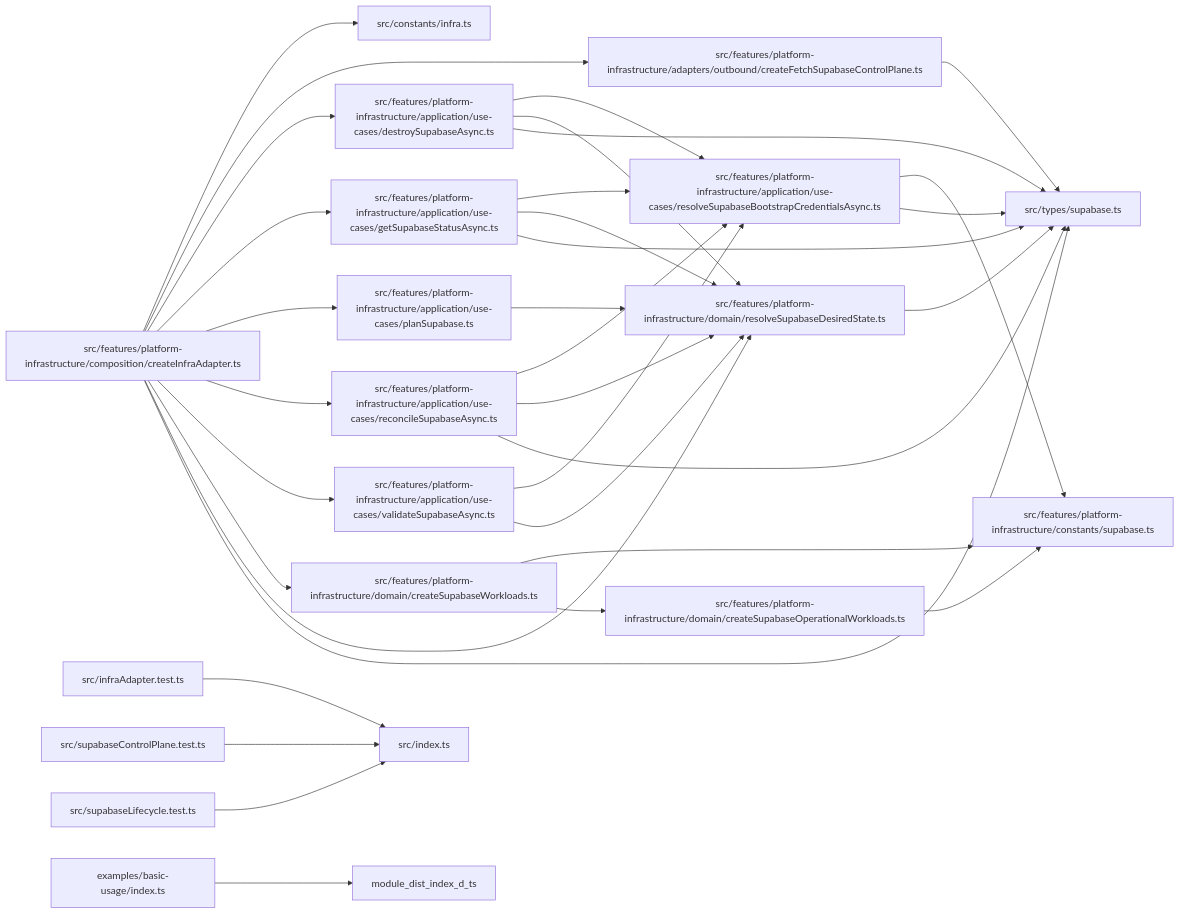
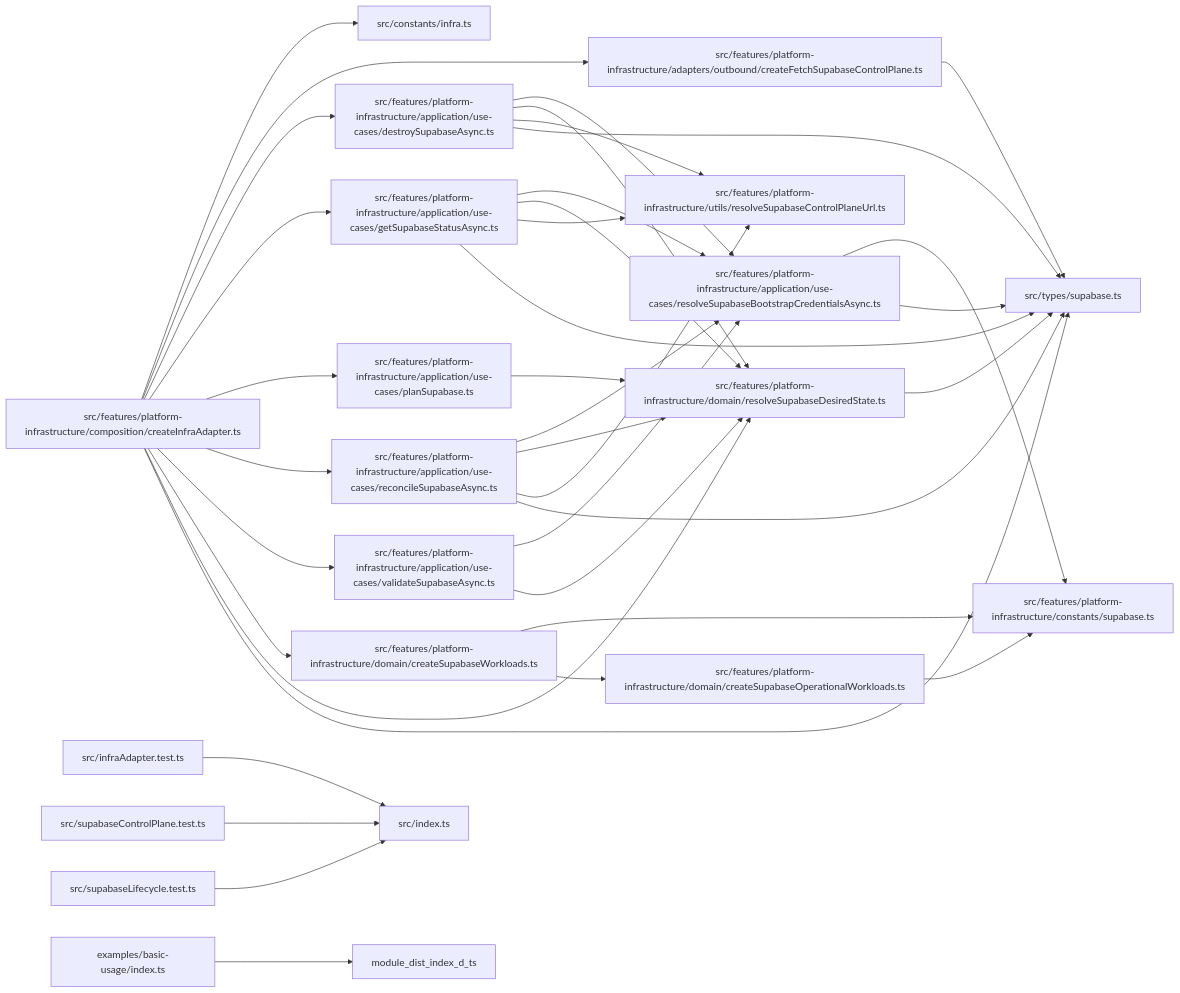
Before and after one commit to ankhorage/supabase: the diagram in paradox/diagrams/module-relationships.mmd, drawn with Mermaid. The commit also changed 17 other files, not shown here.

```diff
--- a/paradox/diagrams/module-relationships.mmd
+++ b/paradox/diagrams/module-relationships.mmd
@@ -1,53 +1,57 @@
 graph LR
   module_examples_basic_usage_index_ts["examples/basic-usage/index.ts"]
   module_src_constants_infra_ts["src/constants/infra.ts"]
   module_src_features_platform_infrastructure_adapters_outbound_createFetchSupabaseControlPlane_ts["src/features/platform-infrastructure/adapters/outbound/createFetchSupabaseControlPlane.ts"]
   module_src_features_platform_infrastructure_application_use_cases_destroySupabaseAsync_ts["src/features/platform-infrastructure/application/use-cases/destroySupabaseAsync.ts"]
   module_src_features_platform_infrastructure_application_use_cases_getSupabaseStatusAsync_ts["src/features/platform-infrastructure/application/use-cases/getSupabaseStatusAsync.ts"]
   module_src_features_platform_infrastructure_application_use_cases_planSupabase_ts["src/features/platform-infrastructure/application/use-cases/planSupabase.ts"]
   module_src_features_platform_infrastructure_application_use_cases_reconcileSupabaseAsync_ts["src/features/platform-infrastructure/application/use-cases/reconcileSupabaseAsync.ts"]
   module_src_features_platform_infrastructure_application_use_cases_resolveSupabaseBootstrapCredentialsAsync_ts["src/features/platform-infrastructure/application/use-cases/resolveSupabaseBootstrapCredentialsAsync.ts"]
   module_src_features_platform_infrastructure_application_use_cases_validateSupabaseAsync_ts["src/features/platform-infrastructure/application/use-cases/validateSupabaseAsync.ts"]
   module_src_features_platform_infrastructure_composition_createInfraAdapter_ts["src/features/platform-infrastructure/composition/createInfraAdapter.ts"]
   module_src_features_platform_infrastructure_constants_supabase_ts["src/features/platform-infrastructure/constants/supabase.ts"]
   module_src_features_platform_infrastructure_domain_createSupabaseOperationalWorkloads_ts["src/features/platform-infrastructure/domain/createSupabaseOperationalWorkloads.ts"]
   module_src_features_platform_infrastructure_domain_createSupabaseWorkloads_ts["src/features/platform-infrastructure/domain/createSupabaseWorkloads.ts"]
   module_src_features_platform_infrastructure_domain_resolveSupabaseDesiredState_ts["src/features/platform-infrastructure/domain/resolveSupabaseDesiredState.ts"]
+  module_src_features_platform_infrastructure_utils_resolveSupabaseControlPlaneUrl_ts["src/features/platform-infrastructure/utils/resolveSupabaseControlPlaneUrl.ts"]
   module_src_index_ts["src/index.ts"]
   module_src_infraAdapter_test_ts["src/infraAdapter.test.ts"]
   module_src_supabaseControlPlane_test_ts["src/supabaseControlPlane.test.ts"]
   module_src_supabaseLifecycle_test_ts["src/supabaseLifecycle.test.ts"]
   module_src_types_supabase_ts["src/types/supabase.ts"]
   module_examples_basic_usage_index_ts --> module_dist_index_d_ts
   module_src_features_platform_infrastructure_adapters_outbound_createFetchSupabaseControlPlane_ts --> module_src_types_supabase_ts
   module_src_features_platform_infrastructure_application_use_cases_destroySupabaseAsync_ts --> module_src_features_platform_infrastructure_application_use_cases_resolveSupabaseBootstrapCredentialsAsync_ts
   module_src_features_platform_infrastructure_application_use_cases_destroySupabaseAsync_ts --> module_src_features_platform_infrastructure_domain_resolveSupabaseDesiredState_ts
+  module_src_features_platform_infrastructure_application_use_cases_destroySupabaseAsync_ts --> module_src_features_platform_infrastructure_utils_resolveSupabaseControlPlaneUrl_ts
   module_src_features_platform_infrastructure_application_use_cases_destroySupabaseAsync_ts --> module_src_types_supabase_ts
   module_src_features_platform_infrastructure_application_use_cases_getSupabaseStatusAsync_ts --> module_src_features_platform_infrastructure_application_use_cases_resolveSupabaseBootstrapCredentialsAsync_ts
   module_src_features_platform_infrastructure_application_use_cases_getSupabaseStatusAsync_ts --> module_src_features_platform_infrastructure_domain_resolveSupabaseDesiredState_ts
+  module_src_features_platform_infrastructure_application_use_cases_getSupabaseStatusAsync_ts --> module_src_features_platform_infrastructure_utils_resolveSupabaseControlPlaneUrl_ts
   module_src_features_platform_infrastructure_application_use_cases_getSupabaseStatusAsync_ts --> module_src_types_supabase_ts
   module_src_features_platform_infrastructure_application_use_cases_planSupabase_ts --> module_src_features_platform_infrastructure_domain_resolveSupabaseDesiredState_ts
   module_src_features_platform_infrastructure_application_use_cases_reconcileSupabaseAsync_ts --> module_src_features_platform_infrastructure_application_use_cases_resolveSupabaseBootstrapCredentialsAsync_ts
   module_src_features_platform_infrastructure_application_use_cases_reconcileSupabaseAsync_ts --> module_src_features_platform_infrastructure_domain_resolveSupabaseDesiredState_ts
+  module_src_features_platform_infrastructure_application_use_cases_reconcileSupabaseAsync_ts --> module_src_features_platform_infrastructure_utils_resolveSupabaseControlPlaneUrl_ts
   module_src_features_platform_infrastructure_application_use_cases_reconcileSupabaseAsync_ts --> module_src_types_supabase_ts
   module_src_features_platform_infrastructure_application_use_cases_resolveSupabaseBootstrapCredentialsAsync_ts --> module_src_features_platform_infrastructure_constants_supabase_ts
   module_src_features_platform_infrastructure_application_use_cases_resolveSupabaseBootstrapCredentialsAsync_ts --> module_src_types_supabase_ts
   module_src_features_platform_infrastructure_application_use_cases_validateSupabaseAsync_ts --> module_src_features_platform_infrastructure_application_use_cases_resolveSupabaseBootstrapCredentialsAsync_ts
   module_src_features_platform_infrastructure_application_use_cases_validateSupabaseAsync_ts --> module_src_features_platform_infrastructure_domain_resolveSupabaseDesiredState_ts
   module_src_features_platform_infrastructure_composition_createInfraAdapter_ts --> module_src_constants_infra_ts
   module_src_features_platform_infrastructure_composition_createInfraAdapter_ts --> module_src_features_platform_infrastructure_adapters_outbound_createFetchSupabaseControlPlane_ts
   module_src_features_platform_infrastructure_composition_createInfraAdapter_ts --> module_src_features_platform_infrastructure_application_use_cases_destroySupabaseAsync_ts
   module_src_features_platform_infrastructure_composition_createInfraAdapter_ts --> module_src_features_platform_infrastructure_application_use_cases_getSupabaseStatusAsync_ts
   module_src_features_platform_infrastructure_composition_createInfraAdapter_ts --> module_src_features_platform_infrastructure_application_use_cases_planSupabase_ts
   module_src_features_platform_infrastructure_composition_createInfraAdapter_ts --> module_src_features_platform_infrastructure_application_use_cases_reconcileSupabaseAsync_ts
   module_src_features_platform_infrastructure_composition_createInfraAdapter_ts --> module_src_features_platform_infrastructure_application_use_cases_validateSupabaseAsync_ts
   module_src_features_platform_infrastructure_composition_createInfraAdapter_ts --> module_src_features_platform_infrastructure_domain_createSupabaseWorkloads_ts
   module_src_features_platform_infrastructure_composition_createInfraAdapter_ts --> module_src_features_platform_infrastructure_domain_resolveSupabaseDesiredState_ts
   module_src_features_platform_infrastructure_composition_createInfraAdapter_ts --> module_src_types_supabase_ts
   module_src_features_platform_infrastructure_domain_createSupabaseOperationalWorkloads_ts --> module_src_features_platform_infrastructure_constants_supabase_ts
   module_src_features_platform_infrastructure_domain_createSupabaseWorkloads_ts --> module_src_features_platform_infrastructure_constants_supabase_ts
   module_src_features_platform_infrastructure_domain_createSupabaseWorkloads_ts --> module_src_features_platform_infrastructure_domain_createSupabaseOperationalWorkloads_ts
   module_src_features_platform_infrastructure_domain_resolveSupabaseDesiredState_ts --> module_src_types_supabase_ts
   module_src_infraAdapter_test_ts --> module_src_index_ts
   module_src_supabaseControlPlane_test_ts --> module_src_index_ts
   module_src_supabaseLifecycle_test_ts --> module_src_index_ts
```
